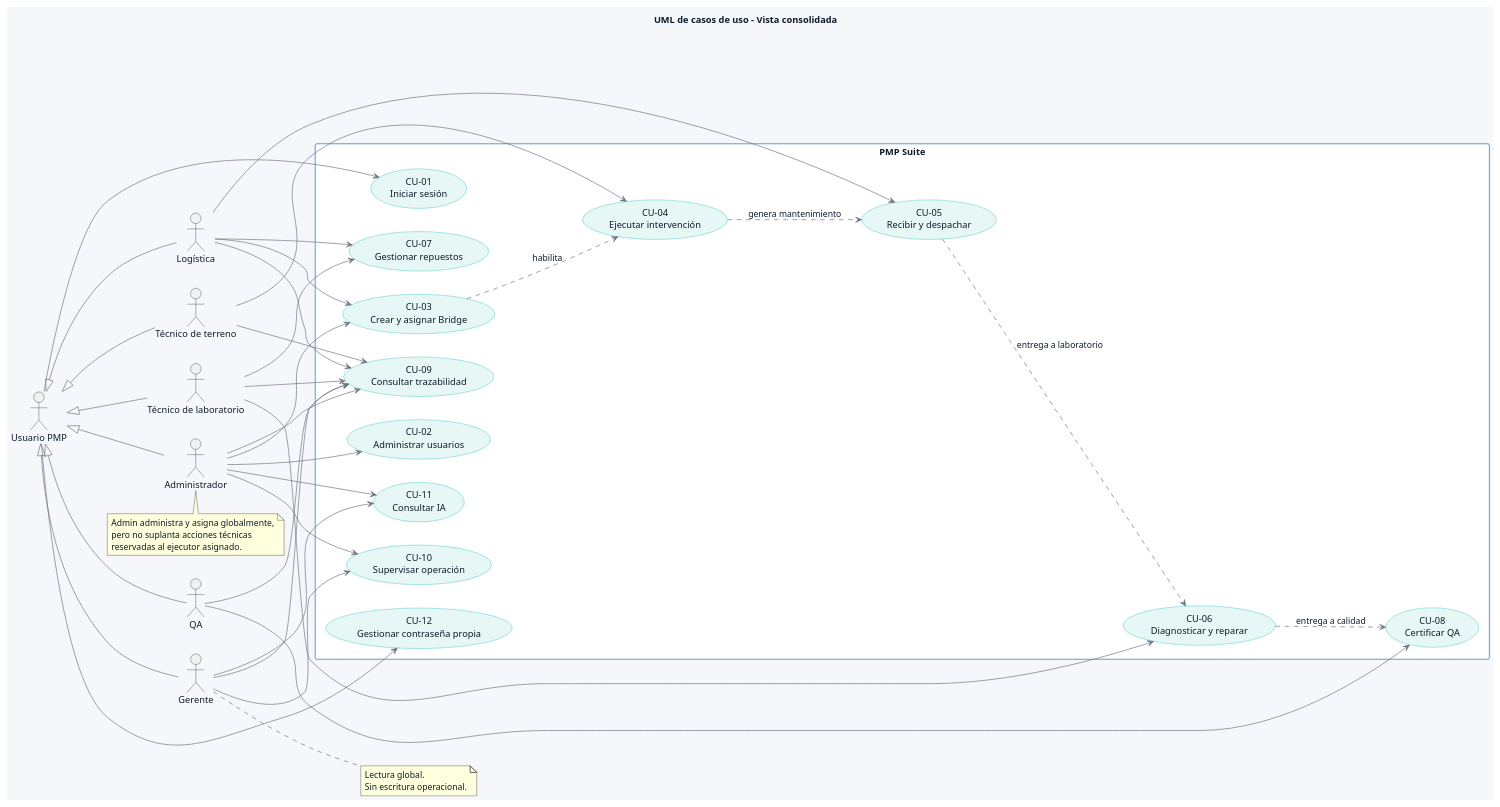
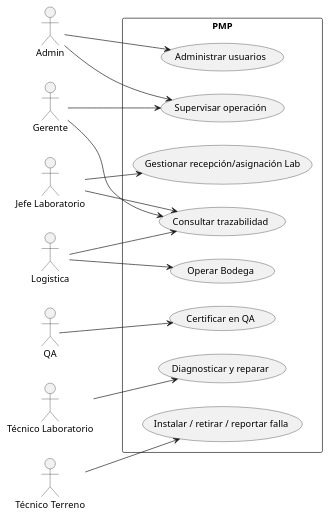
The diagram in Documentacion Capstone/Artefactos Metodologia Cascada/Diagramas_PlantUML/06_UML_Casos_de_Uso.md (RafaOteiza/pmp-suite-capstone), drawn with PlantUML before and after one commit. The commit also changed other lines of this file and 57 other files, not shown here.

````diff
--- a/Documentacion Capstone/Artefactos Metodologia Cascada/Diagramas_PlantUML/06_UML_Casos_de_Uso.md
+++ b/Documentacion Capstone/Artefactos Metodologia Cascada/Diagramas_PlantUML/06_UML_Casos_de_Uso.md
@@ -7,96 +3,34 @@
 ```plantuml
-@startuml PMP_Casos_Uso
-title UML de casos de uso - Vista consolidada
+@startuml
+left to right direction
+actor Gerente
+actor Admin
+actor "Jefe Laboratorio" as Jefe
+actor Logistica
+actor QA
+actor "Técnico Laboratorio" as TL
+actor "Técnico Terreno" as TT
 
-left to right direction
-skinparam backgroundColor #F5F7FA
-skinparam defaultFontName Arial
-skinparam defaultFontColor #0D1B2A
-skinparam ArrowColor #6B7280
-skinparam actorBorderColor #0D1B2A
-skinparam actorFontColor #0D1B2A
-skinparam usecase {
-  BorderColor #00B4B0
-  BackgroundColor #E6F7F6
-  FontColor #0D1B2A
+rectangle PMP {
+  usecase "Supervisar operación" as U1
+  usecase "Administrar usuarios" as U2
+  usecase "Gestionar recepción/asignación Lab" as U3
+  usecase "Operar Bodega" as U4
+  usecase "Diagnosticar y reparar" as U5
+  usecase "Certificar en QA" as U6
+  usecase "Instalar / retirar / reportar falla" as U7
+  usecase "Consultar trazabilidad" as U8
 }
-skinparam rectangle {
-  BorderColor #1565C0
-  BackgroundColor #FFFFFF
-}
-
-actor "Usuario PMP" as USER
-actor Administrador as ADMIN
-actor Gerente as GERENTE
-actor "Logística" as LOGISTICA
-actor "Técnico de terreno" as TERRENO
-actor "Técnico de laboratorio" as LAB
-actor QA
-
-USER <|-- ADMIN
-USER <|-- GERENTE
-USER <|-- LOGISTICA
-USER <|-- TERRENO
-USER <|-- LAB
-USER <|-- QA
-
-rectangle "PMP Suite" {
-  usecase "CU-01\nIniciar sesión" as UC01
-  usecase "CU-02\nAdministrar usuarios" as UC02
-  usecase "CU-03\nCrear y asignar Bridge" as UC03
-  usecase "CU-04\nEjecutar intervención" as UC04
-  usecase "CU-05\nRecibir y despachar" as UC05
-  usecase "CU-06\nDiagnosticar y reparar" as UC06
-  usecase "CU-07\nGestionar repuestos" as UC07
-  usecase "CU-08\nCertificar QA" as UC08
-  usecase "CU-09\nConsultar trazabilidad" as UC09
-  usecase "CU-10\nSupervisar operación" as UC10
-  usecase "CU-11\nConsultar IA" as UC11
-  usecase "CU-12\nGestionar contraseña propia" as UC12
-}
-
-USER --> UC01
-USER --> UC12
-
-ADMIN --> UC02
-ADMIN --> UC03
-ADMIN --> UC09
-ADMIN --> UC10
-ADMIN --> UC11
-
-GERENTE --> UC09
-GERENTE --> UC10
-GERENTE --> UC11
-
-LOGISTICA --> UC03
-LOGISTICA --> UC05
-LOGISTICA --> UC07
-LOGISTICA --> UC09
-
-TERRENO --> UC04
-TERRENO --> UC09
-
-LAB --> UC06
-LAB --> UC07
-LAB --> UC09
-
-QA --> UC08
-QA --> UC09
-
-UC03 ..> UC04 : habilita
-UC04 ..> UC05 : genera mantenimiento
-UC05 ..> UC06 : entrega a laboratorio
-UC06 ..> UC08 : entrega a calidad
-
-note right of GERENTE
-Lectura global.
-Sin escritura operacional.
-end note
-
-note bottom of ADMIN
-Admin administra y asigna globalmente,
-pero no suplanta acciones técnicas
-reservadas al ejecutor asignado.
-end note
+Gerente --> U1
+Gerente --> U8
+Admin --> U1
+Admin --> U2
+Jefe --> U3
+Jefe --> U8
+Logistica --> U4
+Logistica --> U8
+TL --> U5
+TT --> U7
+QA --> U6
 @enduml
 ```
````
